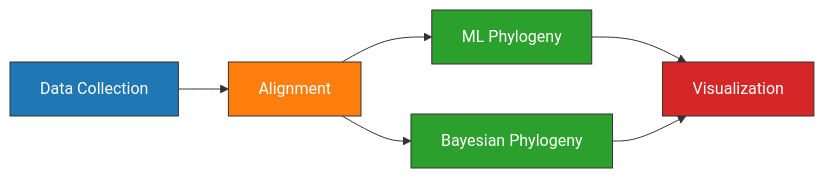
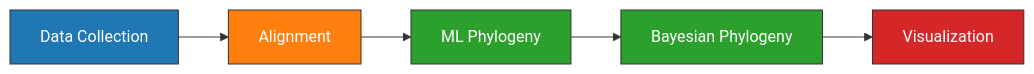
Before and after one commit to ktmeaton/obsidian-public: the diagram in phd/BEAST2 Experiment.md, drawn with Mermaid. The commit also changed other lines of this file and 12 other files, not shown here.

````diff
--- a/phd/BEAST2 Experiment.md
+++ b/phd/BEAST2 Experiment.md
@@ -23,20 +23,19 @@
 ```mermaid
 graph LR;
 1-->2;
 2-->3;
-2-->5;
 3-->4;
-5-->4;
+4-->5;
 
 1[Data Collection];
 2[Alignment];
 3[ML Phylogeny];
-4[Visualization];
-5[Bayesian Phylogeny]
+4[Bayesian Phylogeny]
+5[Visualization];
 
 style 1 fill:#1f77b4,stroke:#333,stroke-width:1px,color:white,fill-opacity:1.0;
 style 2 fill:#ff7f0e,stroke:#333,stroke-width:1px,fill-opacity:1.0,color:white
 style 3 fill:#2ca02c,stroke:#333,stroke-width:1px,fill-opacity:1.0,color:white
-style 4 fill:#d62728,stroke:#333,stroke-width:1px,fill-opacity:1.0,color:white
-style 5 fill:#2ca02c,stroke:#333,stroke-width:1px,fill-opacity:1.0,color:white
+style 4 fill:#2ca02c,stroke:#333,stroke-width:1px,fill-opacity:1.0,color:white
+style 5 fill:#d62728,stroke:#333,stroke-width:1px,fill-opacity:1.0,color:white
 ```
````
